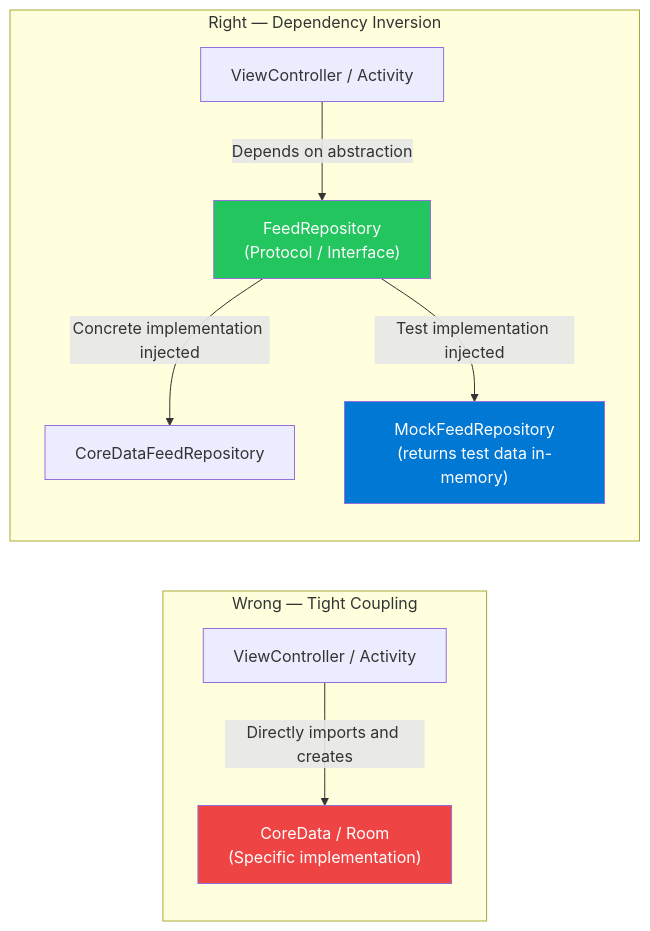
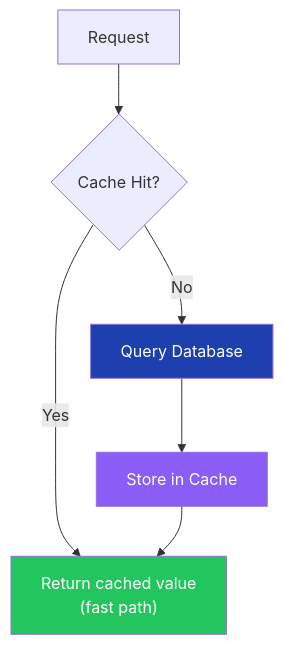
Diagram 17 of 34 in Architechture-Concepts/Description-Questions2-Complete.md (rajaghosh/InterviewPrep), drawn with Mermaid before and after one commit. The commit also changed other lines of this file and 240 other files, not shown here.

````diff
--- a/Architechture-Concepts/Description-Questions2-Complete.md
+++ b/Architechture-Concepts/Description-Questions2-Complete.md
@@ -631,16 +756,15 @@
 ```mermaid
-flowchart LR
-    subgraph WRONG ["Wrong — Tight Coupling"]
-        VC["ViewController / Activity"] -->|"Directly imports and creates"| COREDATA["CoreData / Room\n(Specific implementation)"]
-    end
+flowchart TD
+    Req["Request"] --> CC{"Cache Hit?"}
+    CC -->|"Yes"| Return["Return cached value\n(fast path)"]
+    CC -->|"No"| DB["Query Database"]
+    DB --> Store["Store in Cache"]
+    Store --> Return
 
-    subgraph RIGHT ["Right — Dependency Inversion"]
-        VC2["ViewController / Activity"] -->|"Depends on abstraction"| REPO["FeedRepository\n(Protocol / Interface)"]
-        REPO -->|"Concrete implementation injected"| CD_IMPL["CoreDataFeedRepository"]
-        REPO -->|"Test implementation injected"| MOCK_REPO["MockFeedRepository\n(returns test data in-memory)"]
-    end
-
-    style COREDATA fill:#ef4444,color:#fff
-    style REPO fill:#22c55e,color:#fff
-    style MOCK_REPO fill:#0078D4,color:#fff
+    classDef good fill:#22c55e,color:#fff
+    classDef data fill:#1e40af,color:#fff
+    classDef proc fill:#8b5cf6,color:#fff
+    class Return good
+    class DB data
+    class Store proc
 ```
````
